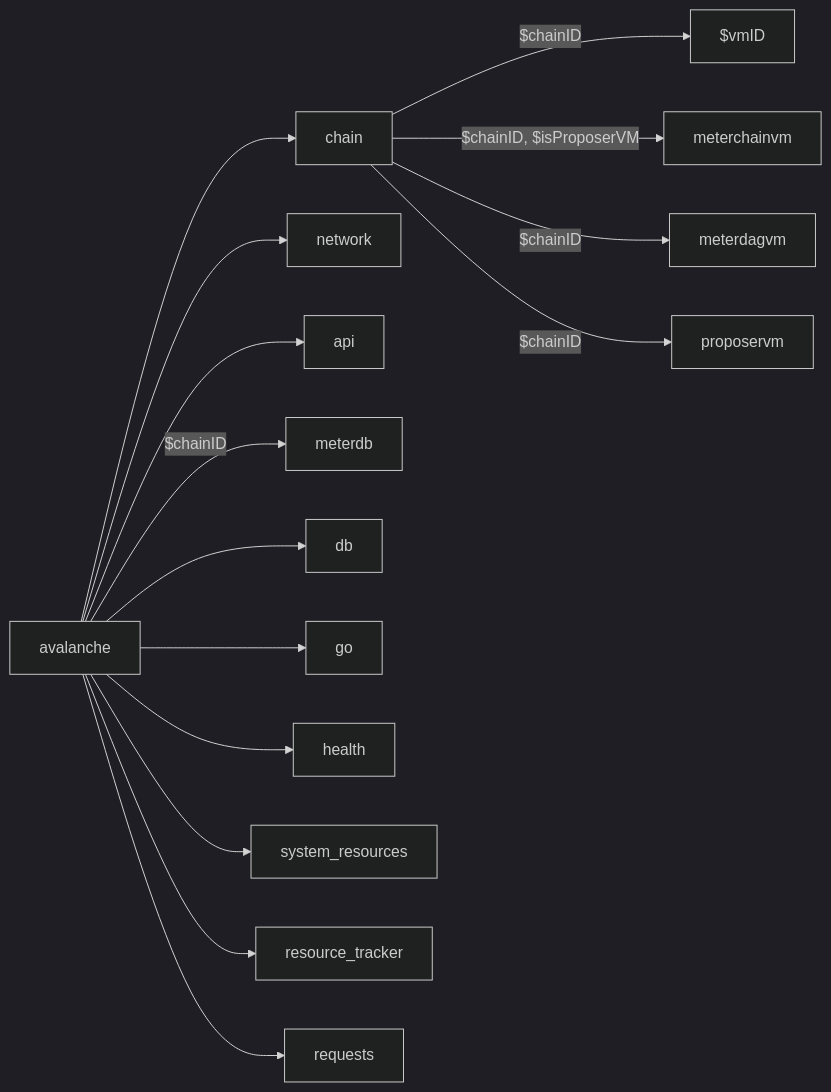
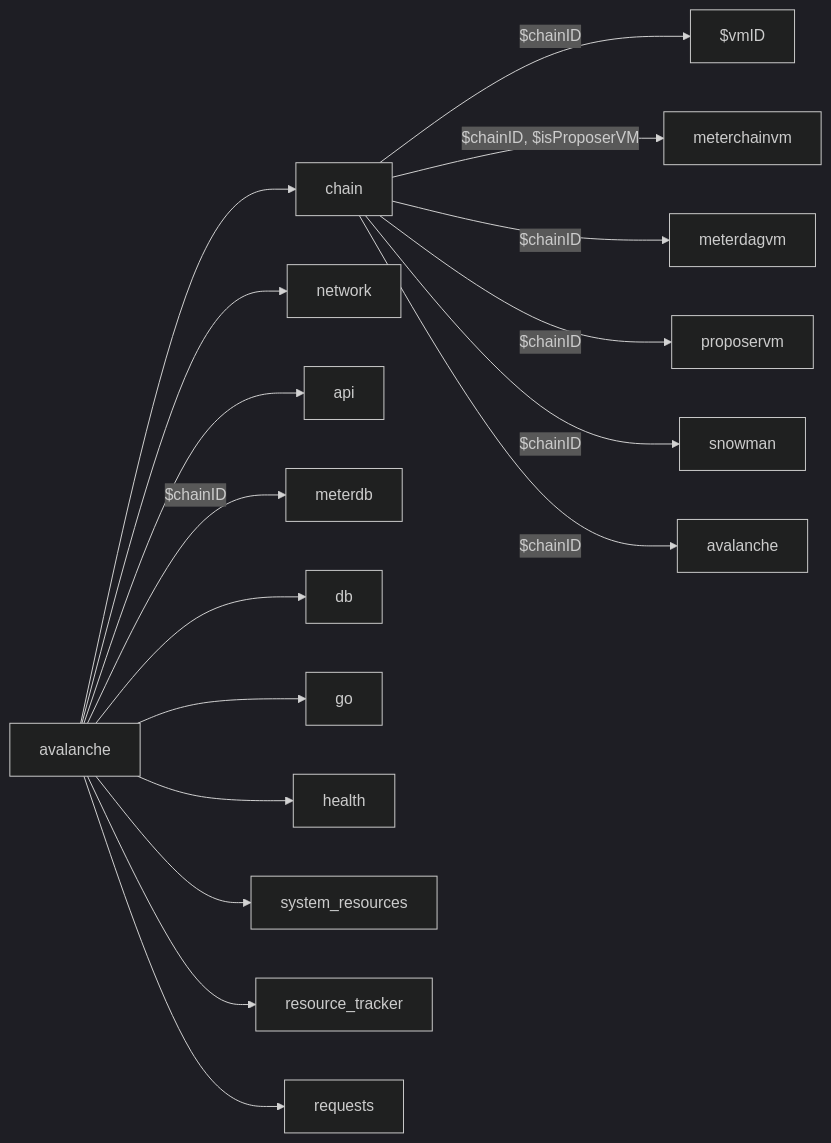
One commit to ava-labs/avalanchego changed the diagram in api/metrics/README.md. Above: the diagram before and after it, drawn with Mermaid (dark theme). The commit also changed 26 other files, not shown here.

````diff
--- a/api/metrics/README.md
+++ b/api/metrics/README.md
@@ -3,17 +3,19 @@
 ```mermaid
 graph LR
     A[avalanche] --> B[chain]
     A --> C[network]
     A --> D[api]
     A -- $chainID --> E[meterdb]
     A --> F[db]
     A --> G[go]
     A --> H[health]
     A --> I[system_resources]
     A --> J[resource_tracker]
     A --> K[requests]
     B -- $chainID --> L[$vmID]
     B -- $chainID, $isProposerVM --> M[meterchainvm]
     B -- $chainID --> N[meterdagvm]
     B -- $chainID --> O[proposervm]
+    B -- $chainID --> P[snowman]
+    B -- $chainID --> Q[avalanche]
 ```
````
